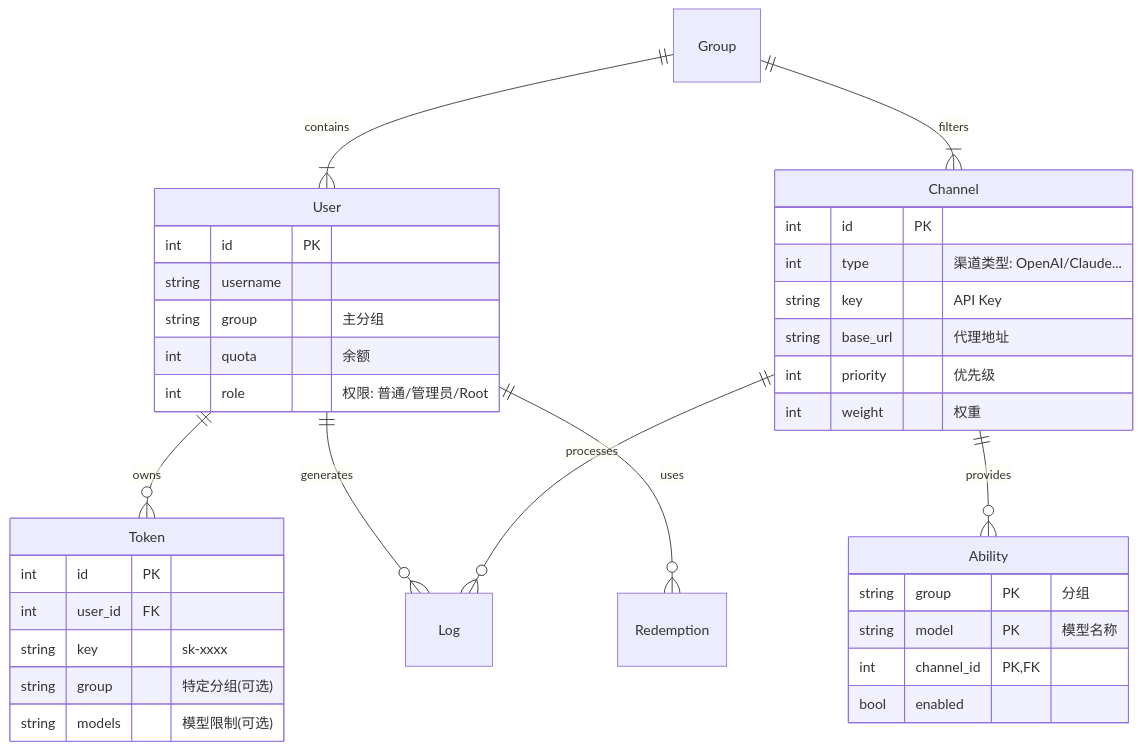
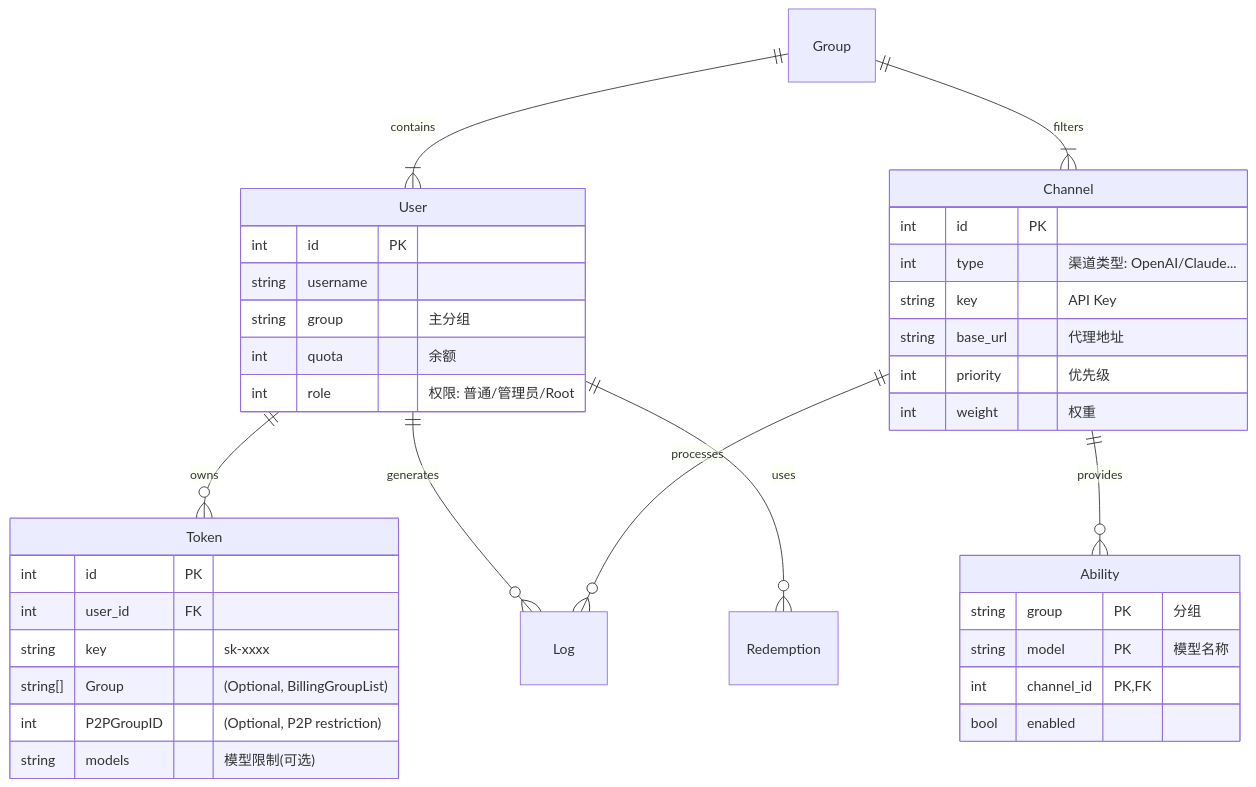
One commit to WoolenWang/new-api changed the tenth of 10 diagrams in docs/NewAPI-总体设计.md. Above: the diagram before and after it, drawn with Mermaid. The commit also changed other lines of this file and 2 other files, not shown here.

````diff
--- a/docs/NewAPI-总体设计.md
+++ b/docs/NewAPI-总体设计.md
@@ -783,42 +816,43 @@
 ```mermaid
 erDiagram
     User ||--o{ Token : "owns"
     User ||--o{ Log : "generates"
     User ||--o{ Redemption : "uses"
     Channel ||--o{ Ability : "provides"
     Channel ||--o{ Log : "processes"
     Group ||--|{ User : "contains"
     Group ||--|{ Channel : "filters"
 
     User {
         int id PK
         string username
         string group "主分组"
         int quota "余额"
         int role "权限: 普通/管理员/Root"
     }
 
     Token {
         int id PK
         int user_id FK
         string key "sk-xxxx"
-        string group "特定分组(可选)"
+        string[] Group "(Optional, BillingGroupList)"
+        int P2PGroupID "(Optional, P2P restriction)"
         string models "模型限制(可选)"
     }
 
     Channel {
         int id PK
         int type "渠道类型: OpenAI/Claude..."
         string key "API Key"
         string base_url "代理地址"
         int priority "优先级"
         int weight "权重"
     }
 
     Ability {
         string group PK "分组"
         string model PK "模型名称"
         int channel_id PK,FK
         bool enabled
     }
 ```
````
